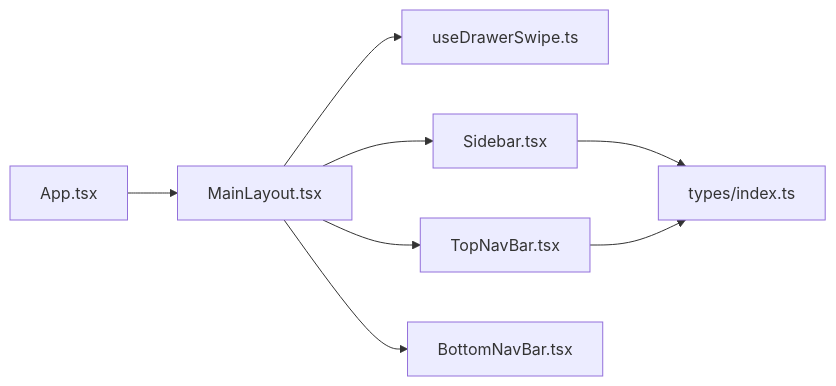
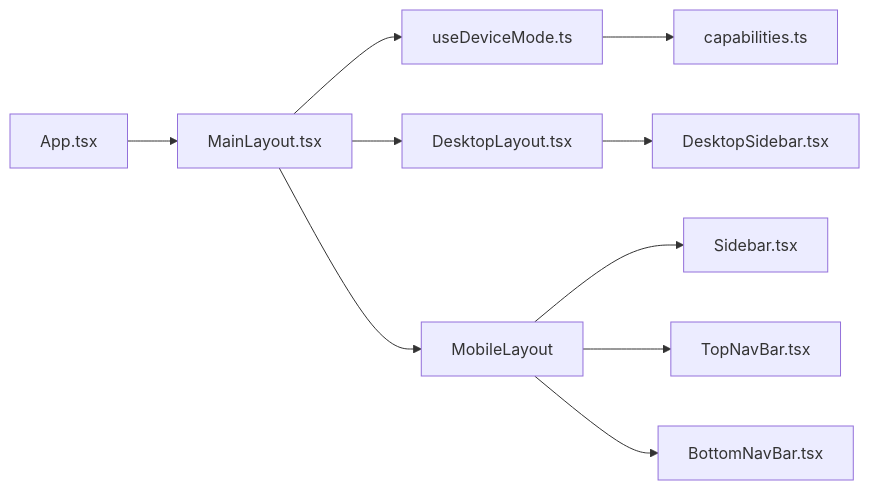
Before and after one commit to billye220670/AIShop: the fourth of 4 diagrams in .qoder/repowiki/zh/content/核心组件/主布局组件 MainLayout.md, drawn with Mermaid. The commit also changed other lines of this file and 99 other files, not shown here.

````diff
--- a/.qoder/repowiki/zh/content/核心组件/主布局组件 MainLayout.md
+++ b/.qoder/repowiki/zh/content/核心组件/主布局组件 MainLayout.md
@@ -246,10 +257,12 @@
 ```mermaid
 graph LR
-App["App.tsx"] --> ML["MainLayout.tsx"]
-ML --> SW["useDrawerSwipe.ts"]
-ML --> SB["Sidebar.tsx"]
-ML --> TN["TopNavBar.tsx"]
-ML --> BN["BottomNavBar.tsx"]
-SB --> Types["types/index.ts"]
-TN --> Types
+App["App.tsx"] --> MainLayout["MainLayout.tsx"]
+MainLayout --> DeviceMode["useDeviceMode.ts"]
+DeviceMode --> Capabilities["capabilities.ts"]
+MainLayout --> DesktopLayout["DesktopLayout.tsx"]
+MainLayout --> MobileLayout["MobileLayout"]
+DesktopLayout --> DesktopSidebar["DesktopSidebar.tsx"]
+MobileLayout --> Sidebar["Sidebar.tsx"]
+MobileLayout --> TopNavBar["TopNavBar.tsx"]
+MobileLayout --> BottomNavBar["BottomNavBar.tsx"]
 ```
````
